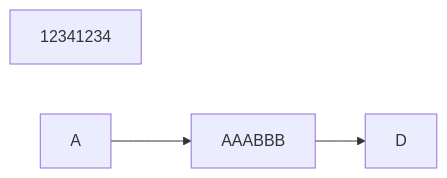
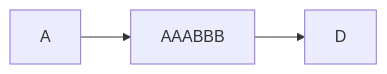
Before and after one commit to LuShan123888/SoftwareMagic: the fourth of 5 diagrams in source/_posts/Software/Markdown/Mermaid.md, drawn with Mermaid. The commit also changed other lines of this file and 23 other files, not shown here.

````diff
--- a/source/_posts/Software/Markdown/Mermaid.md
+++ b/source/_posts/Software/Markdown/Mermaid.md
@@ -331,6 +331,6 @@
 ```{mermaid}
 graph LR
       A-->B[AAABBB];
       B-->D;
-      class A cssClass;12341234
+      class A cssClass;
 ```
````
